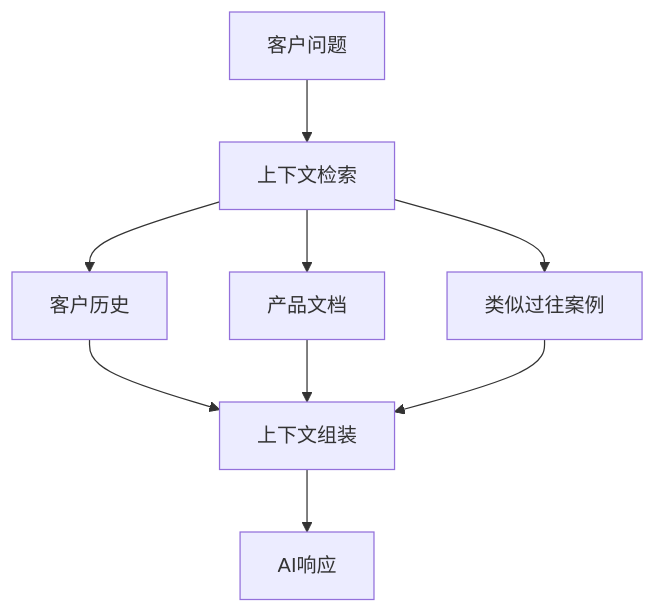
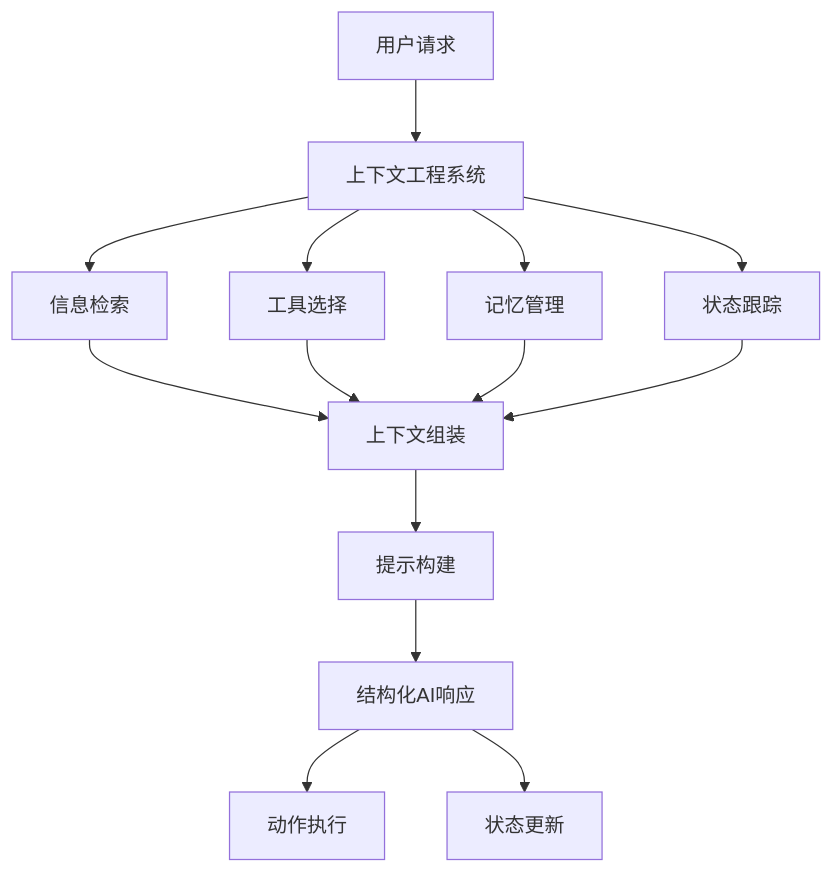
The first of 5 diagrams in i18n/zh/docusaurus-plugin-content-blog/2025-09-14-context-engineering.mdx (tikazyq/marvinzhang.dev), drawn with Mermaid before and after one commit. The commit also changed other lines of this file and 1 other file, not shown here.

````diff
--- a/i18n/zh/docusaurus-plugin-content-blog/2025-09-14-context-engineering.mdx
+++ b/i18n/zh/docusaurus-plugin-content-blog/2025-09-14-context-engineering.mdx
@@ -43,11 +49,16 @@
 ```mermaid
 graph TD
-    A[客户问题] --> B[上下文检索]
-    B --> C[客户历史]
-    B --> D[产品文档] 
-    B --> E[类似过往案例]
-    C --> F[上下文组装]
-    D --> F
-    E --> F
-    F --> G[AI响应]
+    A[用户请求] --> B[上下文工程系统]
+    B --> C[信息检索]
+    B --> D[工具选择]
+    B --> E[记忆管理]
+    B --> F[状态跟踪]
+    C --> G[上下文组装]
+    D --> G
+    E --> G
+    F --> G
+    G --> H[提示构建]
+    H --> I[结构化AI响应]
+    I --> J[动作执行]
+    I --> K[状态更新]
 ```
````
